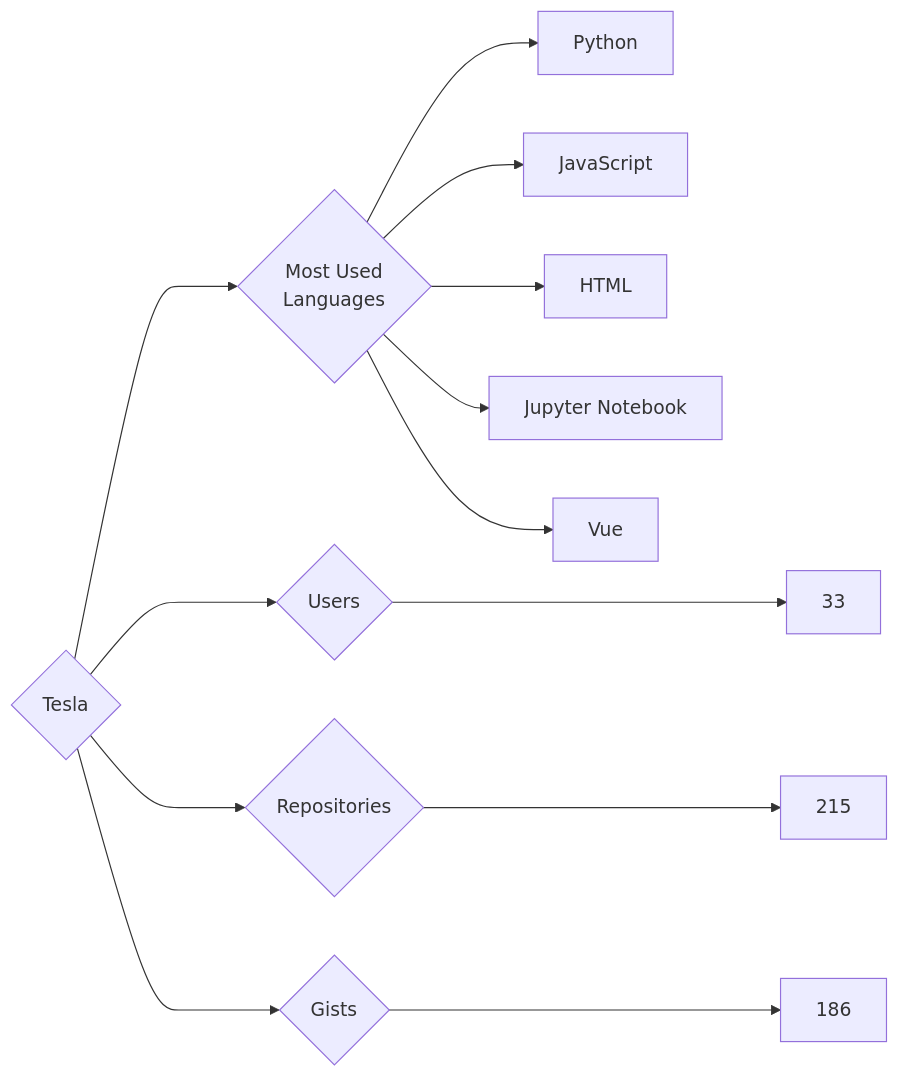
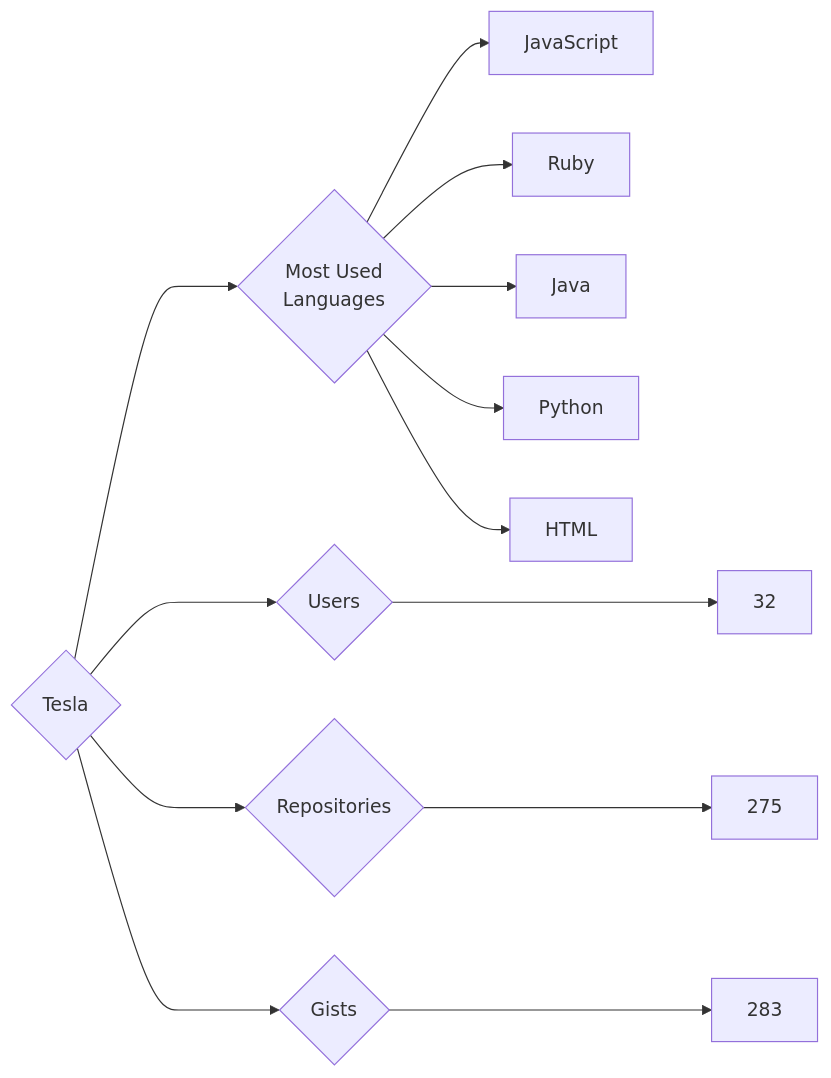
Before and after one commit to trickest/insiders: the diagram in targets/Tesla/README.md, drawn with Mermaid. The commit also changed 796 other files, not shown here.

````diff
--- a/targets/Tesla/README.md
+++ b/targets/Tesla/README.md
@@ -3,13 +3,13 @@
 ```mermaid
 graph LR
 COMPANY_NAME{Tesla}
-COMPANY_NAME ---> U{Users} ---> UN[33]
-COMPANY_NAME ---> R{Repositories} ---> RN[215]
-COMPANY_NAME ---> G{Gists} ---> GN[186]
+COMPANY_NAME ---> U{Users} ---> UN[32]
+COMPANY_NAME ---> R{Repositories} ---> RN[275]
+COMPANY_NAME ---> G{Gists} ---> GN[283]
 COMPANY_NAME ---> ML{Most Used<br>Languages}
+ML --> JavaScript[JavaScript]
+ML --> Ruby[Ruby]
+ML --> Java[Java]
 ML --> Python[Python]
-ML --> JavaScript[JavaScript]
 ML --> HTML[HTML]
-ML --> Jupyter_Notebook[Jupyter Notebook]
-ML --> Vue[Vue]
 ```
````
